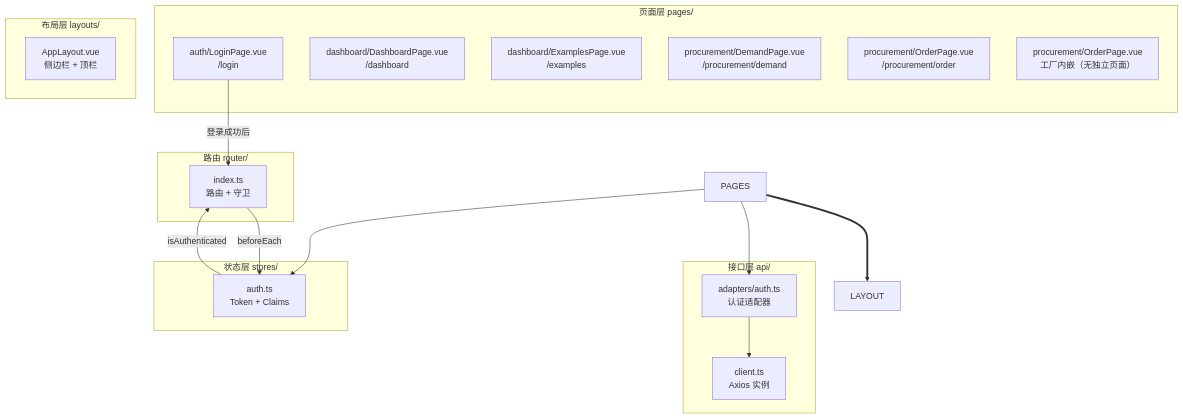
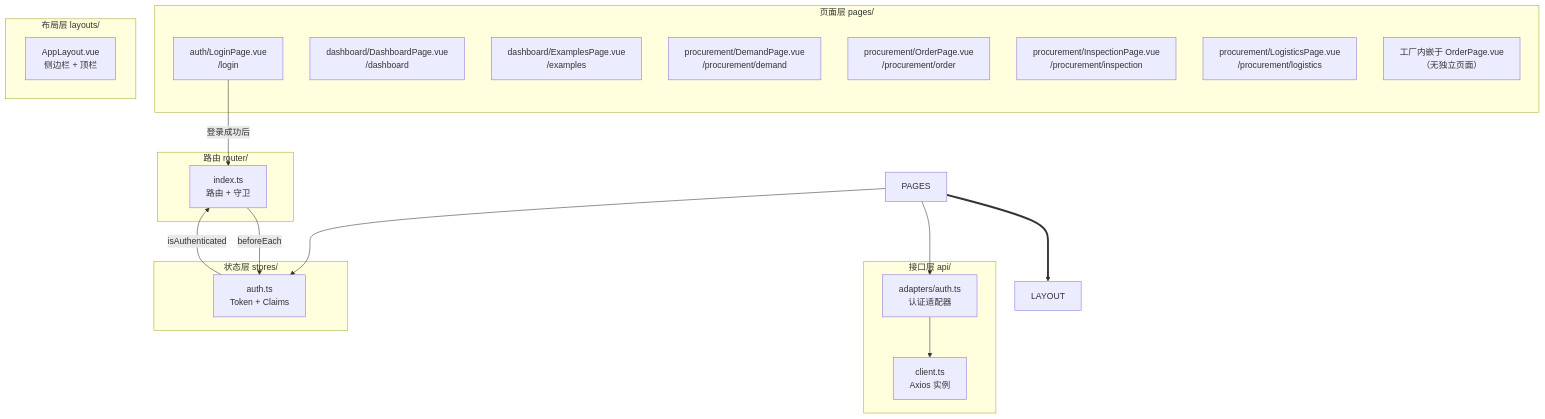
Before and after one commit to jieraltjp/ManpouChinaSystem: the sixth of 6 diagrams in docs/ui/ARCHITECTURE.md, drawn with Mermaid. The commit also changed 5 other files, not shown here.

````diff
--- a/docs/ui/ARCHITECTURE.md
+++ b/docs/ui/ARCHITECTURE.md
@@ -207,36 +207,38 @@
 ```mermaid
 graph TB
     subgraph Pages["页面层 pages/"]
         LOGIN["auth/LoginPage.vue\n/login"]
         DASH["dashboard/DashboardPage.vue\n/dashboard"]
         EXAMPLES["dashboard/ExamplesPage.vue\n/examples"]
         DEMAND["procurement/DemandPage.vue\n/procurement/demand"]
         ORDER["procurement/OrderPage.vue\n/procurement/order"]
-        FACTORY["procurement/OrderPage.vue\n工厂内嵌（无独立页面）"]
+        INSPECTION["procurement/InspectionPage.vue\n/procurement/inspection"]
+        LOGISTICS["procurement/LogisticsPage.vue\n/procurement/logistics"]
+        FACTORY["工厂内嵌于 OrderPage.vue\n（无独立页面）"]
     end
 
     subgraph Layout["布局层 layouts/"]
         APP["AppLayout.vue\n侧边栏 + 顶栏"]
     end
 
     subgraph Stores["状态层 stores/"]
         AUTH["auth.ts\nToken + Claims"]
     end
 
     subgraph API["接口层 api/"]
         CLIENT["client.ts\nAxios 实例"]
         ADAPTER["adapters/auth.ts\n认证适配器"]
     end
 
     subgraph Router["路由 router/"]
         ROUTES["index.ts\n路由 + 守卫"]
     end
 
     PAGES ==> LAYOUT
     LOGIN -->|"登录成功后"| ROUTES
     ROUTES -->|"beforeEach"| AUTH
     AUTH -->|"isAuthenticated"| ROUTES
     ADAPTER --> CLIENT
     PAGES --> ADAPTER
     PAGES --> AUTH
 ```
````
